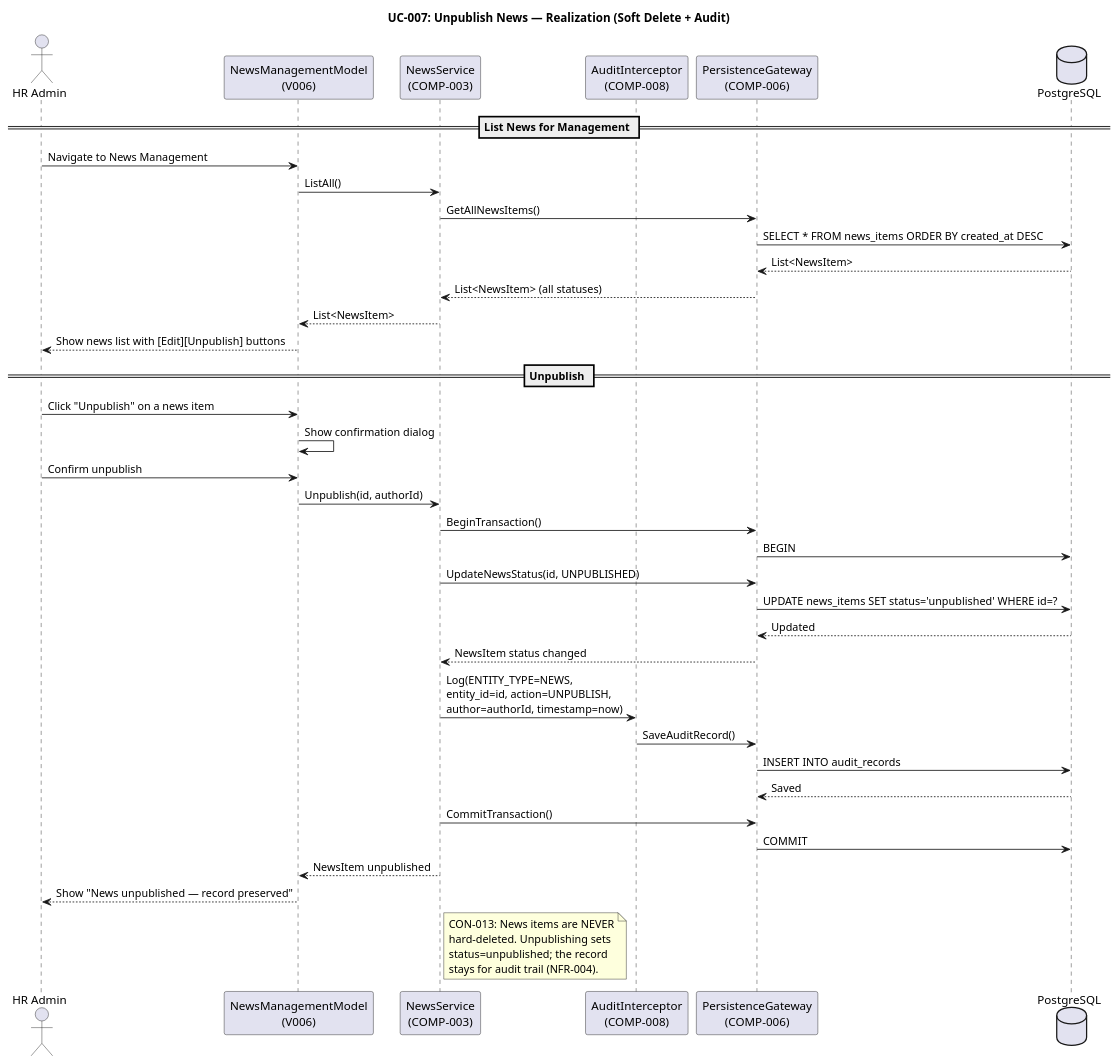
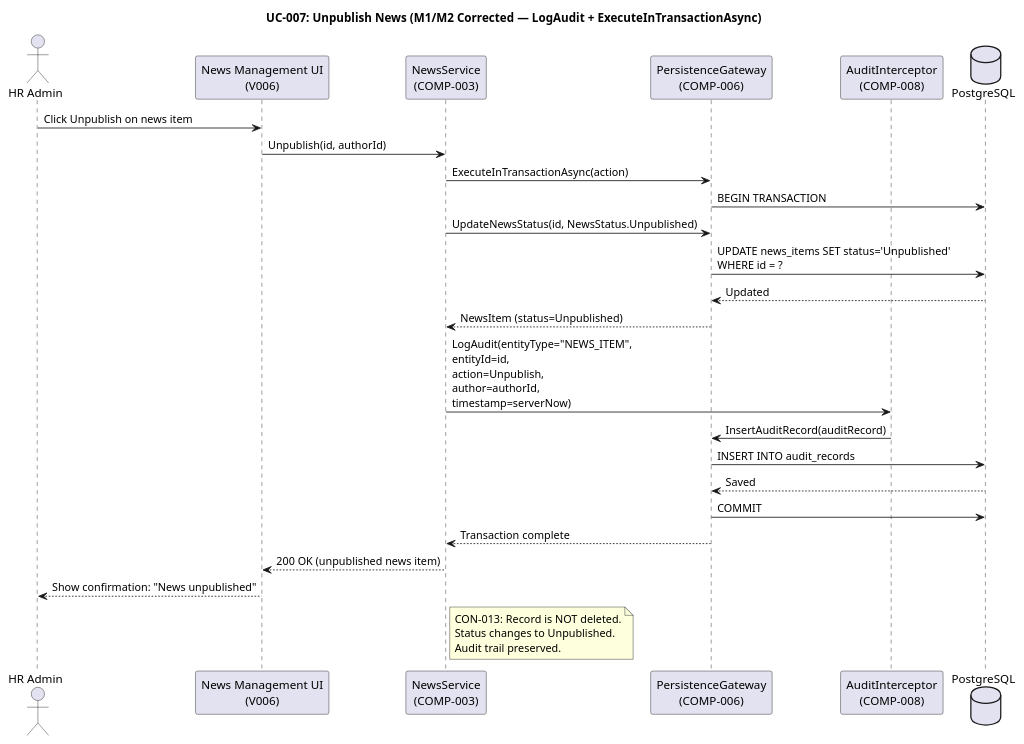
One commit to banense-test/portal-cuba-corp changed the eighth of 28 diagrams in docs/artifacts/analysis---design/design-model.md. Above: the diagram before and after it, drawn with PlantUML. The commit also changed other lines of this file, not shown here.

First line of the commit message:
Designer [E2]: upsert Design Model

````diff
--- a/docs/artifacts/analysis---design/design-model.md
+++ b/docs/artifacts/analysis---design/design-model.md
@@ -535,55 +509,41 @@
 ```plantuml
 @startuml
-title UC-007: Unpublish News — Realization (Soft Delete + Audit)
+title UC-007: Unpublish News (M1/M2 Corrected — LogAudit + ExecuteInTransactionAsync)
 
 actor "HR Admin" as HR
-participant "NewsManagementModel\n(V006)" as UI
+participant "News Management UI\n(V006)" as UI
 participant "NewsService\n(COMP-003)" as SVC
+participant "PersistenceGateway\n(COMP-006)" as DB
 participant "AuditInterceptor\n(COMP-008)" as AUDIT
-participant "PersistenceGateway\n(COMP-006)" as DB
 database "PostgreSQL" as PG
 
-== List News for Management ==
-HR -> UI : Navigate to News Management
-UI -> SVC : ListAll()
-SVC -> DB : GetAllNewsItems()
-DB -> PG : SELECT * FROM news_items ORDER BY created_at DESC
-PG --> DB : List<NewsItem>
-DB --> SVC : List<NewsItem> (all statuses)
-SVC --> UI : List<NewsItem>
-UI --> HR : Show news list with [Edit][Unpublish] buttons
-
-== Unpublish ==
-HR -> UI : Click "Unpublish" on a news item
-UI -> UI : Show confirmation dialog
-HR -> UI : Confirm unpublish
+HR -> UI : Click Unpublish on news item
 UI -> SVC : Unpublish(id, authorId)
 
-SVC -> DB : BeginTransaction()
-DB -> PG : BEGIN
+SVC -> DB : ExecuteInTransactionAsync(action)
+DB -> PG : BEGIN TRANSACTION
 
-SVC -> DB : UpdateNewsStatus(id, UNPUBLISHED)
-DB -> PG : UPDATE news_items SET status='unpublished' WHERE id=?
+SVC -> DB : UpdateNewsStatus(id, NewsStatus.Unpublished)
+DB -> PG : UPDATE news_items SET status='Unpublished'\nWHERE id = ?
 PG --> DB : Updated
-DB --> SVC : NewsItem status changed
+DB --> SVC : NewsItem (status=Unpublished)
 
-SVC -> AUDIT : Log(ENTITY_TYPE=NEWS,\nentity_id=id, action=UNPUBLISH,\nauthor=authorId, timestamp=now)
-AUDIT -> DB : SaveAuditRecord()
+SVC -> AUDIT : LogAudit(entityType="NEWS_ITEM",\nentityId=id,\naction=Unpublish,\nauthor=authorId,\ntimestamp=serverNow)
+AUDIT -> DB : InsertAuditRecord(auditRecord)
 DB -> PG : INSERT INTO audit_records
 PG --> DB : Saved
 
-SVC -> DB : CommitTransaction()
 DB -> PG : COMMIT
+DB --> SVC : Transaction complete
 
-SVC --> UI : NewsItem unpublished
-UI --> HR : Show "News unpublished — record preserved"
+SVC --> UI : 200 OK (unpublished news item)
+UI --> HR : Show confirmation: "News unpublished"
 
 note right of SVC
-  CON-013: News items are NEVER
-  hard-deleted. Unpublishing sets
-  status=unpublished; the record
-  stays for audit trail (NFR-004).
+  CON-013: Record is NOT deleted.
+  Status changes to Unpublished.
+  Audit trail preserved.
 end note
 
 @enduml
 ```
````
